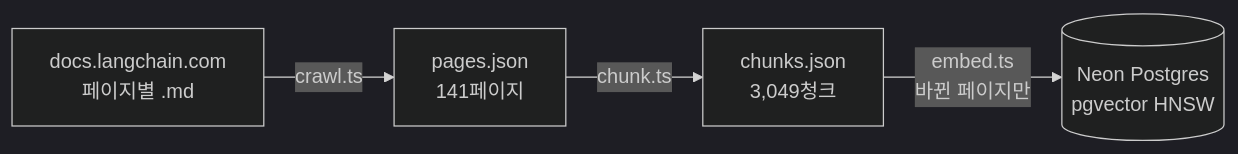
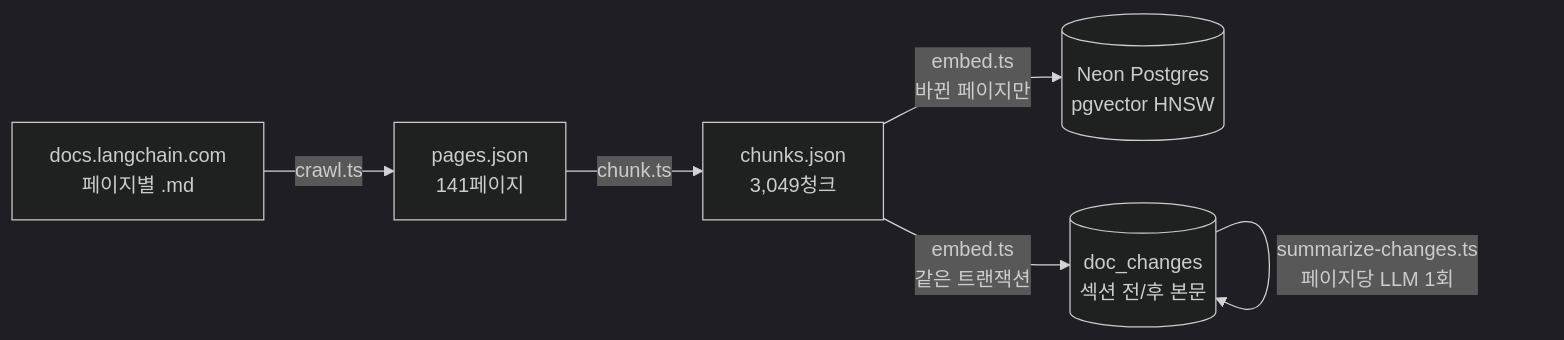
Before and after one commit to Padack2/pgvector-docs-chat: the first of 2 diagrams in README.md, drawn with Mermaid (dark theme). The commit also changed other lines of this file and 4 other files, not shown here.

````diff
--- a/README.md
+++ b/README.md
@@ -26,6 +27,8 @@
 ```mermaid
 flowchart LR
   A[docs.langchain.com<br/>페이지별 .md] -->|crawl.ts| B[pages.json<br/>141페이지]
   B -->|chunk.ts| C[chunks.json<br/>3,049청크]
   C -->|embed.ts<br/>바뀐 페이지만| D[(Neon Postgres<br/>pgvector HNSW)]
+  C -->|embed.ts<br/>같은 트랜잭션| E[(doc_changes<br/>섹션 전/후 본문)]
+  E -->|summarize-changes.ts<br/>페이지당 LLM 1회| E
 ```
````
